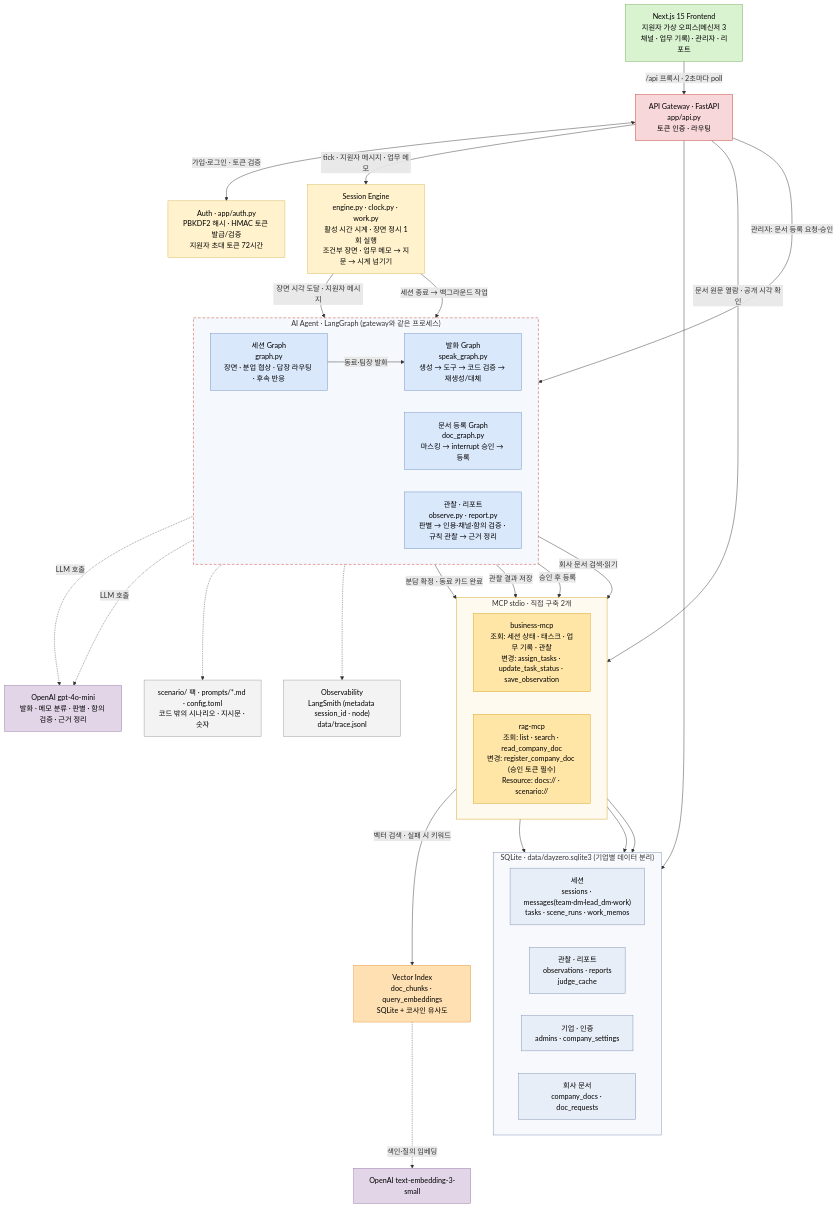
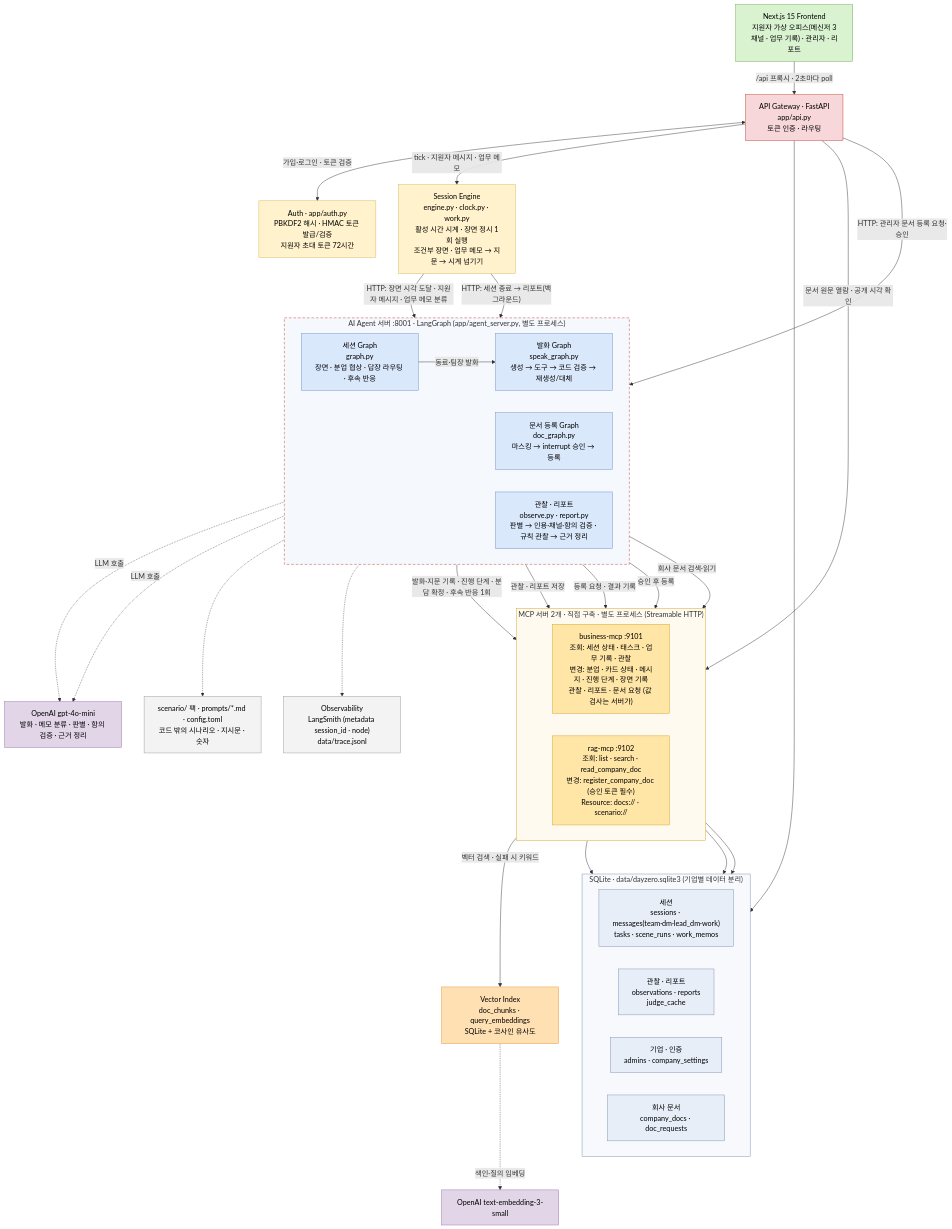
Before and after one commit to SKALA-AI-meeting/DayZer0_ahrdyrxkddhfl: the diagram in README.md, drawn with Mermaid. The commit also changed other lines of this file and 27 other files, not shown here.

```diff
--- a/README.md
+++ b/README.md
@@ -72,7 +77,7 @@
     GW <-->|"가입·로그인 · 토큰 검증"| AUTH
     GW -->|"tick · 지원자 메시지 · 업무 메모"| ENG
 
-    subgraph AGENT["AI Agent · LangGraph (gateway와 같은 프로세스)"]
+    subgraph AGENT["AI Agent 서버 :8001 · LangGraph (app/agent_server.py, 별도 프로세스)"]
         direction LR
         SG["세션 Graph<br/>graph.py<br/>장면 · 분업 협상 · 답장 라우팅 · 후속 반응"]
         SPK["발화 Graph<br/>speak_graph.py<br/>생성 → 도구 → 코드 검증 → 재생성/대체"]
@@ -80,20 +85,21 @@
         OBS["관찰 · 리포트<br/>observe.py · report.py<br/>판별 → 인용·채널·함의 검증 · 규칙 관찰 → 근거 정리"]
     end
 
-    ENG -->|"장면 시각 도달 · 지원자 메시지"| SG
+    ENG -->|"HTTP: 장면 시각 도달 · 지원자 메시지 · 업무 메모 분류"| SG
     SG -->|"동료·팀장 발화"| SPK
-    GW -->|"관리자: 문서 등록 요청·승인"| DOC
-    ENG -->|"세션 종료 → 백그라운드 작업"| OBS
+    GW -->|"HTTP: 관리자 문서 등록 요청·승인"| DOC
+    ENG -->|"HTTP: 세션 종료 → 리포트(백그라운드)"| OBS
 
-    subgraph MCP["MCP stdio · 직접 구축 2개"]
+    subgraph MCP["MCP 서버 2개 · 직접 구축 · 별도 프로세스 (Streamable HTTP)"]
         direction LR
-        BIZ["business-mcp<br/>조회: 세션 상태 · 태스크 · 업무 기록 · 관찰<br/>변경: assign_tasks · update_task_status · save_observation"]
-        RAG["rag-mcp<br/>조회: list · search · read_company_doc<br/>변경: register_company_doc (승인 토큰 필수)<br/>Resource: docs:// · scenario://"]
+        BIZ["business-mcp :9101<br/>조회: 세션 상태 · 태스크 · 업무 기록 · 관찰<br/>변경: 분업 · 카드 상태 · 메시지 · 진행 단계 · 장면 기록<br/>관찰 · 리포트 · 문서 요청 (값 검사는 서버가)"]
+        RAG["rag-mcp :9102<br/>조회: list · search · read_company_doc<br/>변경: register_company_doc (승인 토큰 필수)<br/>Resource: docs:// · scenario://"]
     end
 
     SPK -->|"회사 문서 검색·읽기"| MCP
-    SG -->|"분담 확정 · 동료 카드 완료"| BIZ
-    OBS -->|"관찰 결과 저장"| BIZ
+    SG -->|"발화·지문 기록 · 진행 단계 · 분담 확정 · 후속 반응 1회"| BIZ
+    OBS -->|"관찰 · 리포트 저장"| BIZ
+    DOC -->|"등록 요청 · 결과 기록"| BIZ
     DOC -->|"승인 후 등록"| RAG
     GW -->|"문서 원문 열람 · 공개 시각 확인"| RAG
 
```
